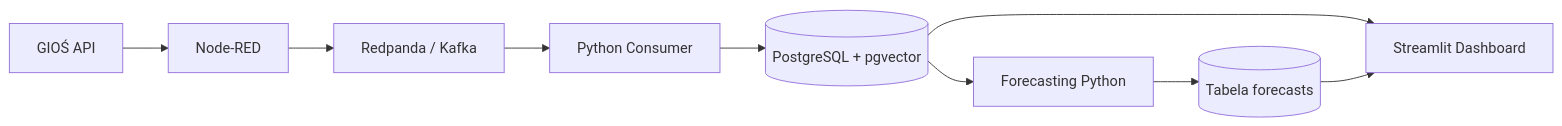
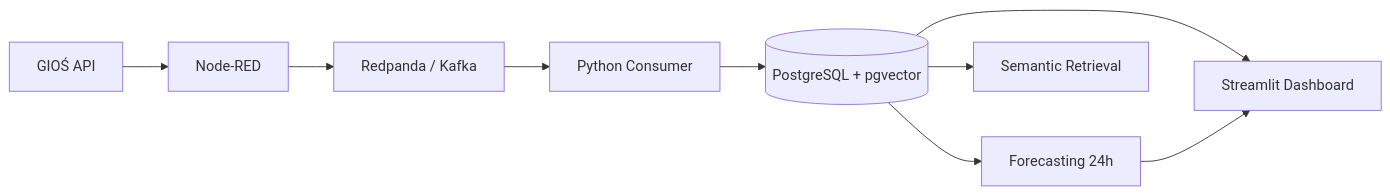
Before and after one commit to pvtryk02/air-quality-gdansk: the diagram in README.md, drawn with Mermaid. The commit also changed other lines of this file and 5 other files, not shown here.

````diff
--- a/README.md
+++ b/README.md
@@ -13,11 +9,11 @@
 ```mermaid
 flowchart LR
     A[GIOŚ API] --> B[Node-RED]
     B --> C[Redpanda / Kafka]
     C --> D[Python Consumer]
     D --> E[(PostgreSQL + pgvector)]
-    E --> F[Forecasting Python]
-    F --> G[(Tabela forecasts)]
+    E --> F[Forecasting 24h]
+    E --> G[Semantic Retrieval]
     E --> H[Streamlit Dashboard]
-    G --> H
+    F --> H
 ```
````
